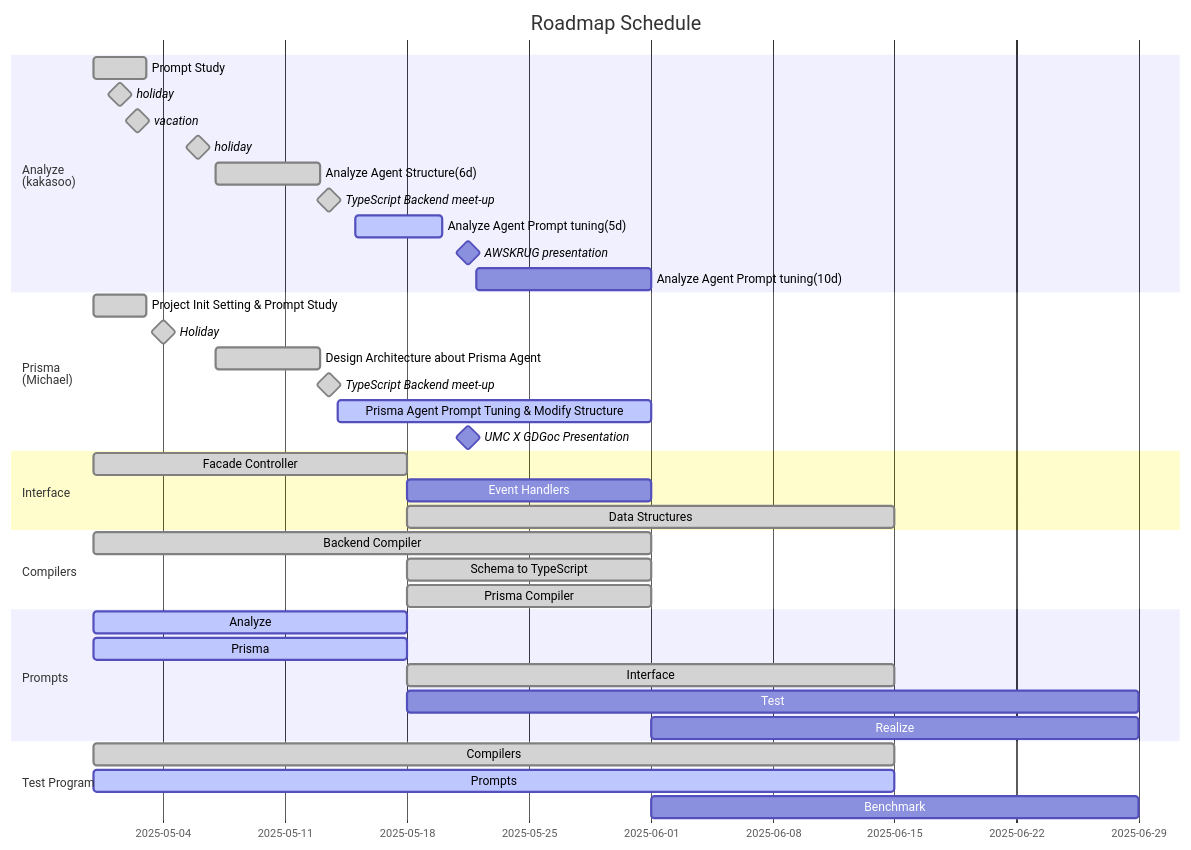
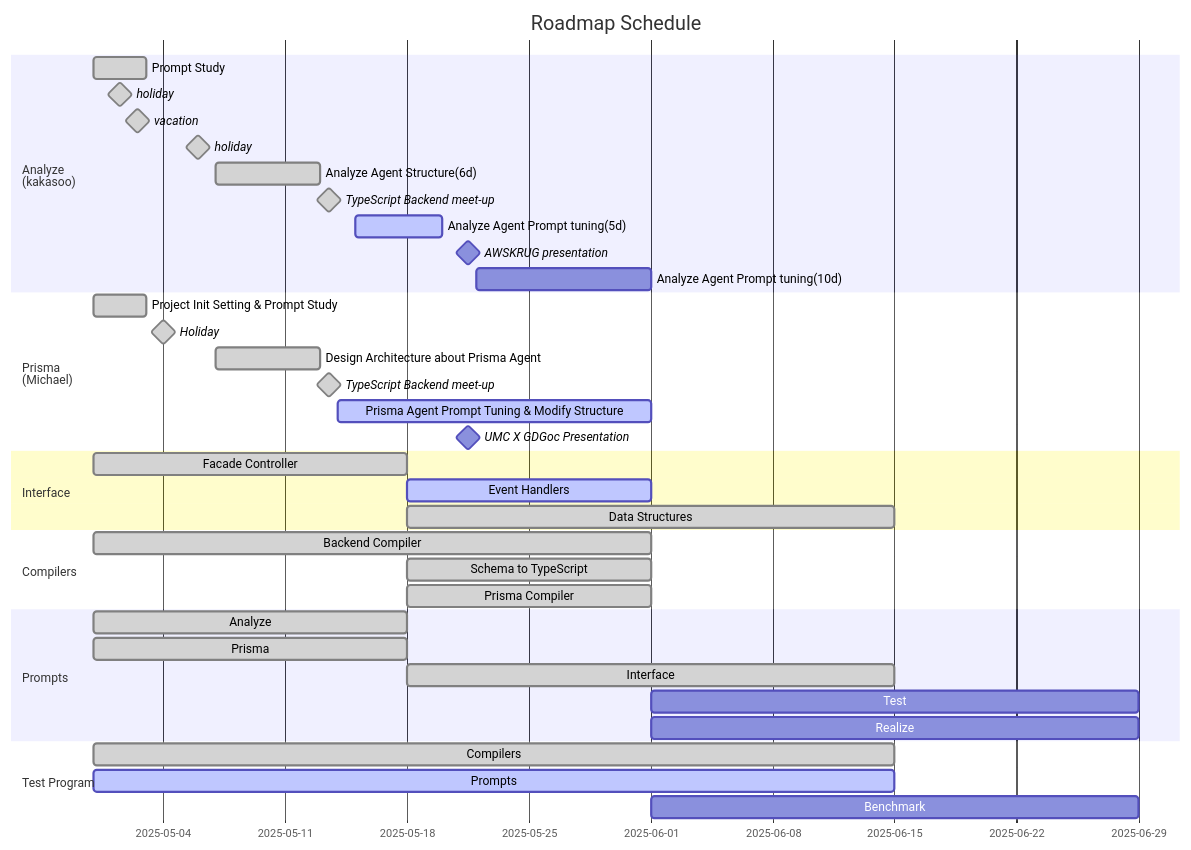
Before and after one commit to wrtnlabs/autobe: the third of 3 diagrams in README.md, drawn with Mermaid. The commit also changed other lines of this file, not shown here.

Commit message:
feat(website): more description about roadmap schedule

````diff
--- a/README.md
+++ b/README.md
@@ -403,47 +405,47 @@
 ```mermaid
 gantt
   dateFormat YYYY-MM-DD
   title Roadmap Schedule
 
   section Analyze<br>(kakasoo)
   Prompt Study: done, 2025-04-30, 3d
   holiday: milestone, done, 2025-05-01, 1d
   vacation: milestone, done, 2025-05-02, 1d
   holiday: milestone, done, 2025-05-05, 2d
   Analyze Agent Structure(6d): done, 2025-05-07, 6d
   TypeScript Backend meet-up: milestone, done, 2025-05-13, 1d
   Analyze Agent Prompt tuning(5d): active, 2025-05-15, 5d
   AWSKRUG presentation: milestone, 2025-05-21, 1d
   Analyze Agent Prompt tuning(10d):, 2025-05-22, 10d
 
   section Prisma<br>(Michael)
   Project Init Setting & Prompt Study: done, 2025-04-30, 3d
   Holiday: milestone, done, 2025-05-01, 6d
   Design Architecture about Prisma Agent: done, 2025-05-07, 6d
   TypeScript Backend meet-up: milestone, done, 2025-05-13, 1d
   Prisma Agent Prompt Tuning & Modify Structure: active, 2025-05-14, 18d
   UMC X GDGoc Presentation: milestone, 2025-05-21, 1d
 
   
   section Interface
-  Facade Controller: done, 2025-04-30, 18d
-  Event Handlers:          2025-05-18, 14d
-  Data Structures:   done, 2025-05-18, 28d
+  Facade Controller: done,   2025-04-30, 18d
+  Event Handlers:    active, 2025-05-18, 14d
+  Data Structures:   done,   2025-05-18, 28d
 
   section Compilers
   Backend Compiler:     done, 2025-04-30, 32d
   Schema to TypeScript: done, 2025-05-18, 14d
   Prisma Compiler:      done, 2025-05-18, 14d
 
   section Prompts
-  Analyze  : active, 2025-04-30, 18d
-  Prisma   : active, 2025-04-30, 18d
+  Analyze  : done, 2025-04-30, 18d
+  Prisma   : done, 2025-04-30, 18d
   Interface: done, 2025-05-18, 28d
-  Test     : 2025-05-18, 42d
-  Realize  : 2025-06-01, 28d
+  Test     :       2025-06-01, 28d
+  Realize  :       2025-06-01, 28d
 
   section Test Program
-  Compilers: done, 2025-04-30, 46d
+  Compilers: done,   2025-04-30, 46d
   Prompts:   active, 2025-04-30, 46d
-  Benchmark: 2025-06-01, 28d
+  Benchmark:         2025-06-01, 28d
 ```
````
